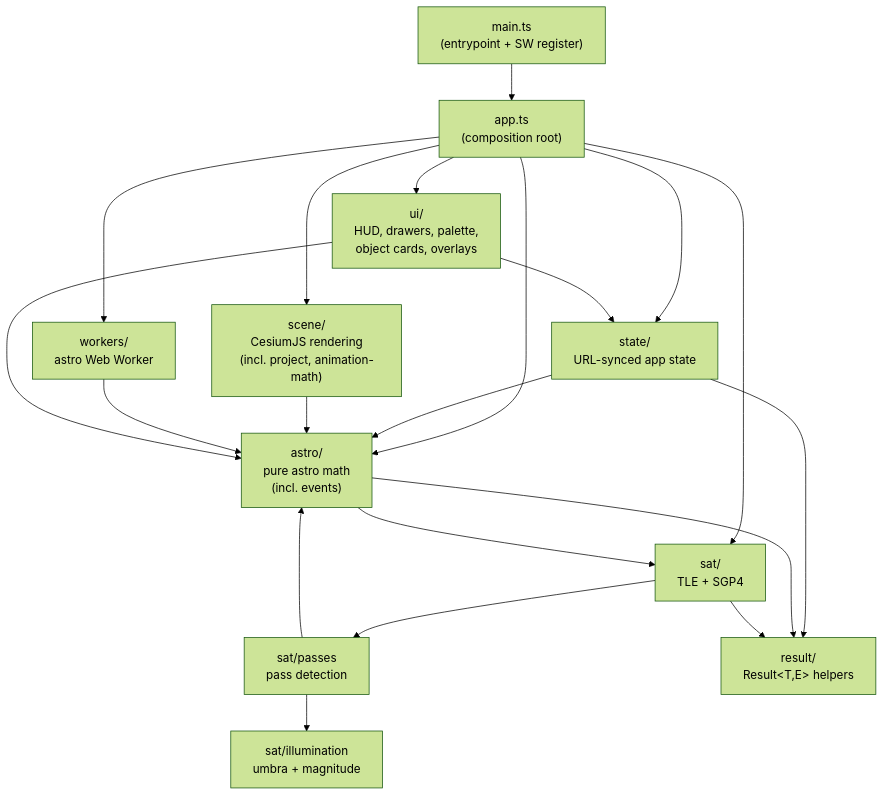
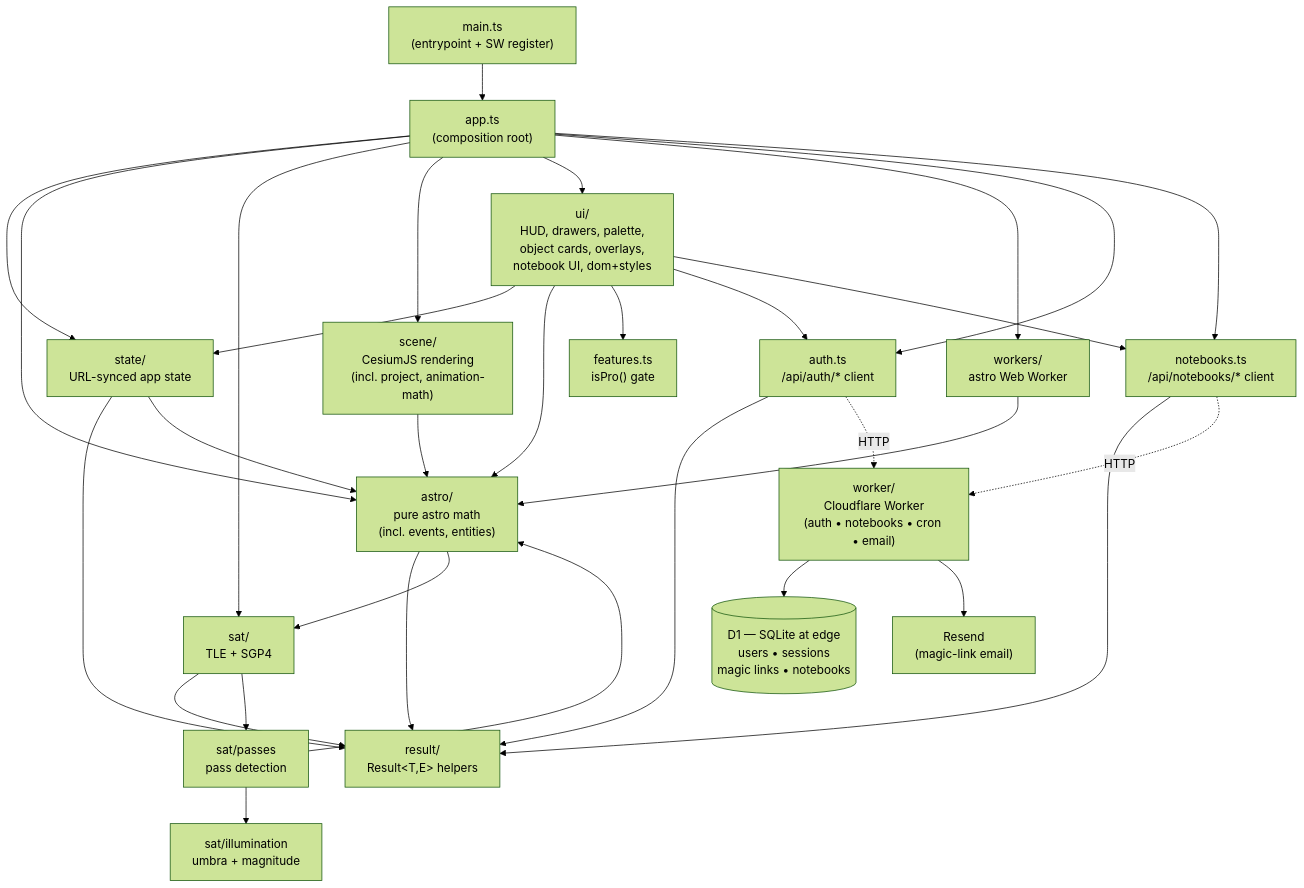
The first of 9 diagrams in docs/architecture.md (robsartin/planisphere), drawn with Mermaid (forest theme) before and after one commit. The commit also changed other lines of this file and 3 other files, not shown here.

````diff
--- a/docs/architecture.md
+++ b/docs/architecture.md
@@ -13,37 +15,56 @@
 ```mermaid
 graph TD
     app["app.ts<br/>(composition root)"]
     main["main.ts<br/>(entrypoint + SW register)"]
     state["state/<br/>URL-synced app state"]
-    astro["astro/<br/>pure astro math<br/>(incl. events)"]
+    astro["astro/<br/>pure astro math<br/>(incl. events, entities)"]
     sat["sat/<br/>TLE + SGP4"]
     passes["sat/passes<br/>pass detection"]
     illum["sat/illumination<br/>umbra + magnitude"]
     scene["scene/<br/>CesiumJS rendering<br/>(incl. project, animation-math)"]
-    ui["ui/<br/>HUD, drawers, palette,<br/>object cards, overlays"]
+    ui["ui/<br/>HUD, drawers, palette,<br/>object cards, overlays,<br/>notebook UI, dom+styles"]
     workers["workers/<br/>astro Web Worker"]
+    auth["auth.ts<br/>/api/auth/* client"]
+    notebooks["notebooks.ts<br/>/api/notebooks/* client"]
+    features["features.ts<br/>isPro() gate"]
     result["result/<br/>Result&lt;T,E&gt; helpers"]
+    worker["worker/<br/>Cloudflare Worker<br/>(auth • notebooks • cron • email)"]
+    d1[("D1 — SQLite at edge<br/>users • sessions<br/>magic links • notebooks")]
+    resend["Resend<br/>(magic-link email)"]
 
     main --> app
     app --> state
     app --> astro
     app --> sat
     app --> scene
     app --> ui
     app --> workers
+    app --> auth
+    app --> notebooks
 
     state --> result
     state --> astro
     astro --> result
     astro --> sat
     sat --> result
     sat --> passes
     passes --> illum
     passes --> astro
 
     scene --> astro
     workers --> astro
 
     ui --> state
     ui --> astro
+    ui --> features
+    ui --> auth
+    ui --> notebooks
+
+    auth --> result
+    notebooks --> result
+
+    auth -.HTTP.-> worker
+    notebooks -.HTTP.-> worker
+    worker --> d1
+    worker --> resend
 ```
````
